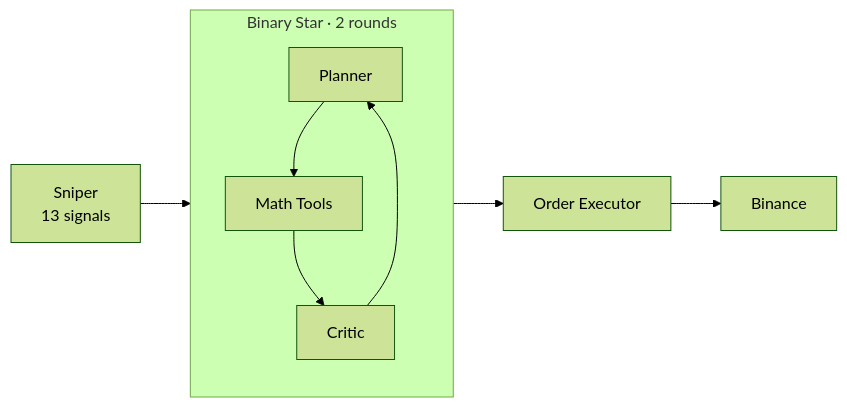
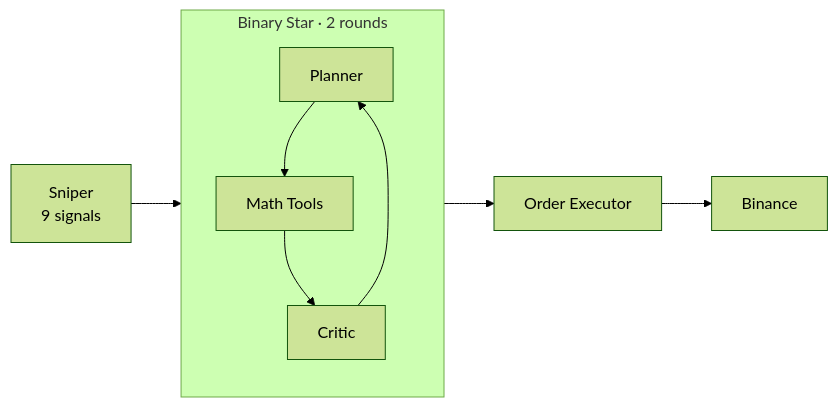
The third of 4 diagrams in .claude/skills/update-readme/SKILL.md (jiangyang5157/binary-star), drawn with Mermaid (forest theme) before and after one commit. The commit also changed other lines of this file and 2 other files, not shown here.

Commit message:
docs: update skills for 9-signal stack
sniper-debug: update SIGNAL DIAG format, weights table, parse code, and
edge cases to reflect 9-signal layout with large_trade + positioning_extreme.

update-readme: change '13 signals' → '9 signals' in templates and diagram.

````diff
--- a/.claude/skills/update-readme/SKILL.md
+++ b/.claude/skills/update-readme/SKILL.md
@@ -210,15 +210,15 @@
 ```mermaid
 graph LR
     subgraph Debate["Binary Star · 2 rounds"]
         Planner["Planner"]
         Critic["Critic"]
         Math["Math Tools"]
         Planner --> Math
         Math --> Critic
         Critic --> Planner
     end
 
-    Sniper["Sniper<br/>13 signals"] --> Debate
+    Sniper["Sniper<br/>9 signals"] --> Debate
     Debate --> Executor["Order Executor"]
     Executor --> Binance["Binance"]
 ```
````
